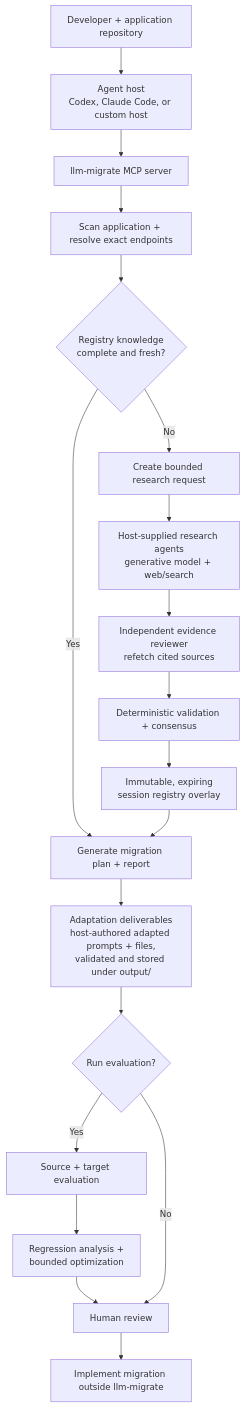
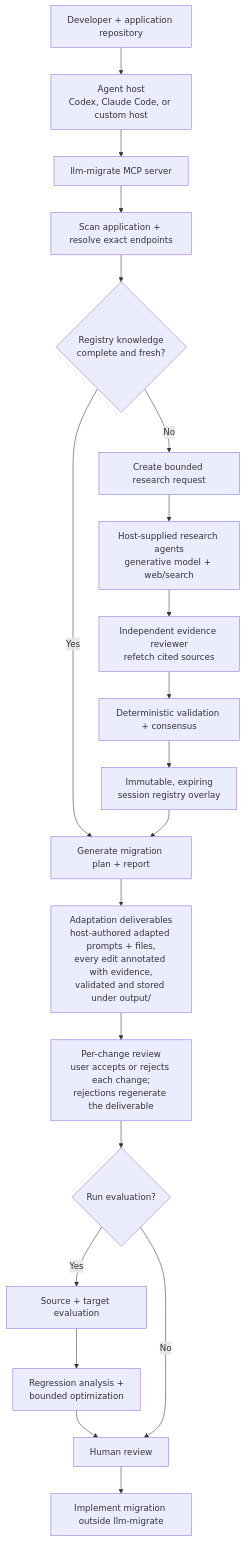
Before and after one commit to Athenaxlee/llm-migrate: the diagram in README.md, drawn with Mermaid. The commit also changed other lines of this file and 1 other file, not shown here.

First line of the commit message:
Document the evidence-backed adaptation review in the public README and changelog

````diff
--- a/README.md
+++ b/README.md
@@ -66,23 +66,24 @@
 ```mermaid
 flowchart TD
     U["Developer + application repository"] --> H["Agent host<br/>Codex, Claude Code, or custom host"]
     H --> M["llm-migrate MCP server"]
     M --> S["Scan application + resolve exact endpoints"]
     S --> K{"Registry knowledge<br/>complete and fresh?"}
 
     K -- Yes --> P["Generate migration plan + report"]
     K -- No --> R["Create bounded research request"]
     R --> A["Host-supplied research agents<br/>generative model + web/search"]
     A --> V["Independent evidence reviewer<br/>refetch cited sources"]
     V --> C["Deterministic validation + consensus"]
     C --> O["Immutable, expiring<br/>session registry overlay"]
     O --> P
 
-    P --> D["Adaptation deliverables<br/>host-authored adapted prompts + files,<br/>validated and stored under output/"]
-    D --> E{"Run evaluation?"}
+    P --> D["Adaptation deliverables<br/>host-authored adapted prompts + files,<br/>every edit annotated with evidence,<br/>validated and stored under output/"]
+    D --> W["Per-change review<br/>user accepts or rejects each change;<br/>rejections regenerate the deliverable"]
+    W --> E{"Run evaluation?"}
     E -- Yes --> X["Source + target evaluation"]
     X --> G["Regression analysis +<br/>bounded optimization"]
     G --> Q["Human review"]
     E -- No --> Q
     Q --> I["Implement migration outside llm-migrate"]
 ```
````
